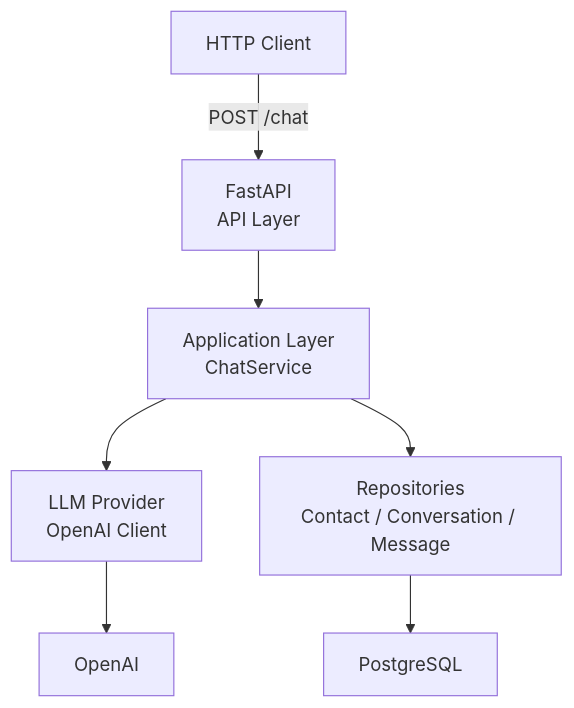
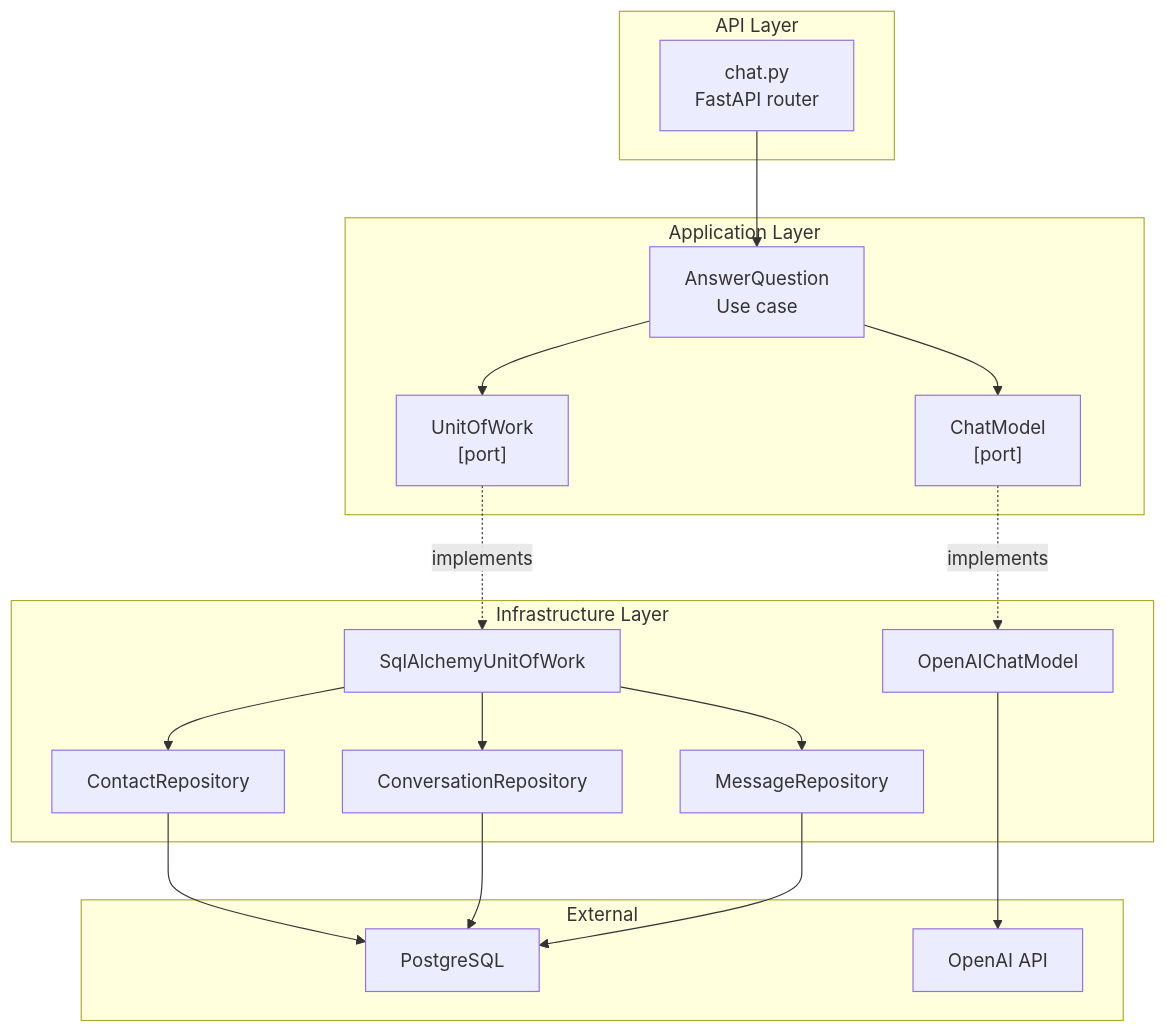
Before and after one commit to camercadop/knowledge-support-ai-agent: the third of 3 diagrams in docs/architecture.md, drawn with Mermaid. The commit also changed other lines of this file and 9 other files, not shown here.

Commit message:
docs(architecture): Add package READMEs and enhance architectural diagrams

````diff
--- a/docs/architecture.md
+++ b/docs/architecture.md
@@ -44,17 +44,38 @@
 ```mermaid
 flowchart TB
-    client["HTTP Client"]
-    api["FastAPI\nAPI Layer"]
-    app["Application Layer\nChatService"]
-    llm["LLM Provider\nOpenAI Client"]
-    repo["Repositories\nContact / Conversation / Message"]
-    openai["OpenAI"]
-    postgres["PostgreSQL"]
+    subgraph api["API Layer"]
+        chat_router["chat.py\nFastAPI router"]
+    end
 
-    client -->|"POST /chat"| api
-    api --> app
-    app --> llm
-    app --> repo
-    llm --> openai
-    repo --> postgres
+    subgraph app["Application Layer"]
+        use_case["AnswerQuestion\nUse case"]
+        port_uow["UnitOfWork\n[port]"]
+        port_chat["ChatModel\n[port]"]
+    end
+
+    subgraph infra["Infrastructure Layer"]
+        sql_uow["SqlAlchemyUnitOfWork"]
+        contact_repo["ContactRepository"]
+        conv_repo["ConversationRepository"]
+        msg_repo["MessageRepository"]
+        openai_chat["OpenAIChatModel"]
+    end
+
+    subgraph external["External"]
+        postgres["PostgreSQL"]
+        openai["OpenAI API"]
+    end
+
+    chat_router --> use_case
+    use_case --> port_uow
+    use_case --> port_chat
+    port_uow -.->|implements| sql_uow
+    port_chat -.->|implements| openai_chat
+    sql_uow --> contact_repo
+    sql_uow --> conv_repo
+    sql_uow --> msg_repo
+    contact_repo --> postgres
+    conv_repo --> postgres
+    msg_repo --> postgres
+    openai_chat --> openai
 ```
````
